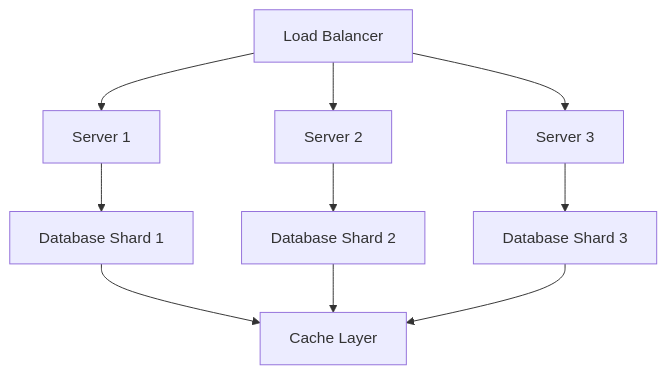
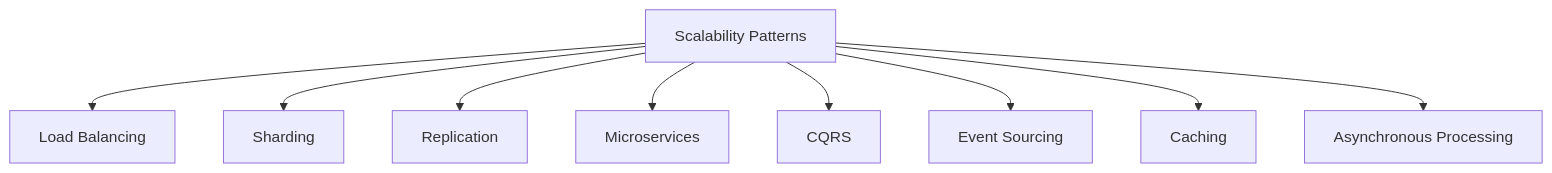
Before and after one commit to VrushankPatel/interview-matters: the diagram in high-scalability-patterns/README.md, drawn with Mermaid. The commit also changed other lines of this file and 3 other files, not shown here.

Commit message:
kb: add/update topics - Collections & Data Structures, Java Stream API & Functional Programming, System Design Basics, High Scalability Patterns, CAP Theorem & Distributed Systems

````diff
--- a/high-scalability-patterns/README.md
+++ b/high-scalability-patterns/README.md
@@ -52,12 +26,11 @@
 ```mermaid
 graph TD
-    A[Load Balancer] --> B[Server 1]
-    A --> C[Server 2]
-    A --> D[Server 3]
-    B --> E[Database Shard 1]
-    C --> F[Database Shard 2]
-    D --> G[Database Shard 3]
-    E --> H[Cache Layer]
-    F --> H
-    G --> H
+    A[Scalability Patterns] --> B[Load Balancing]
+    A --> C[Sharding]
+    A --> D[Replication]
+    A --> E[Microservices]
+    A --> F[CQRS]
+    A --> G[Event Sourcing]
+    A --> H[Caching]
+    A --> I[Asynchronous Processing]
 ```
````
